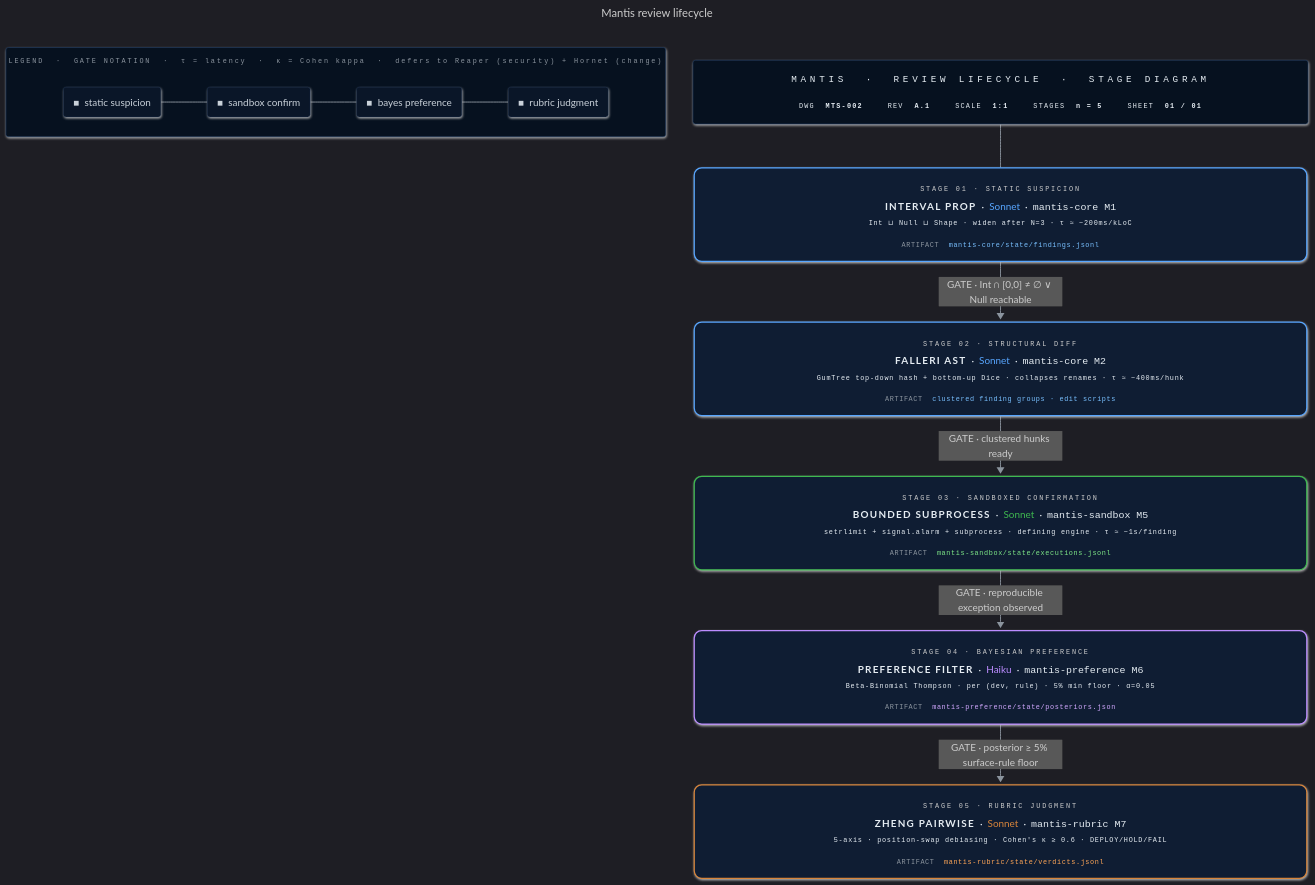
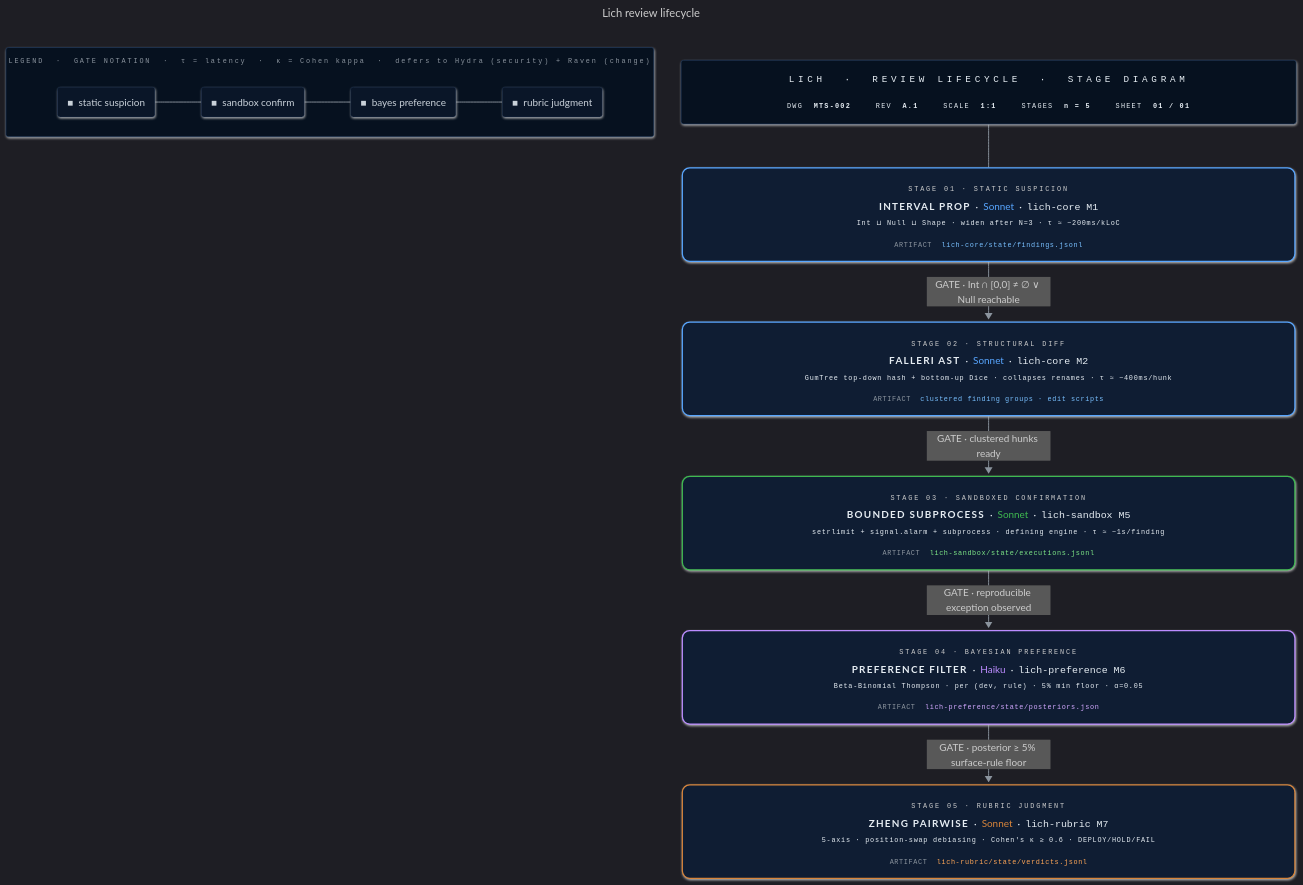
The diagram in docs/assets/lifecycle.mmd (enchanted-plugins/lich), drawn with Mermaid before and after one commit. The commit also changed 165 other files, not shown here.

First line of the commit message:
rename: Mantis → Lich, standardize origin format

```diff
--- a/docs/assets/lifecycle.mmd
+++ b/docs/assets/lifecycle.mmd
@@ -1,5 +1,5 @@
 ---
-title: Mantis review lifecycle
+title: Lich review lifecycle
 config:
   look: neo
   theme: dark
@@ -14,19 +14,19 @@
       bottom: 18
 ---
 flowchart TB
-    TitleBlock["<div style='font-family:ui-monospace,SFMono-Regular,Consolas,monospace;text-align:center;min-width:940px;padding:6px 10px;line-height:1.8'><div style='color:#58a6ff;font-size:15px;letter-spacing:6px;border-bottom:1px solid #1e3a5f;padding-bottom:10px;margin-bottom:10px'>MANTIS &nbsp;·&nbsp; REVIEW&nbsp;LIFECYCLE &nbsp;·&nbsp; STAGE&nbsp;DIAGRAM</div><div style='display:flex;gap:40px;justify-content:center;font-size:11px;color:#8b949e;letter-spacing:2px'><span>DWG&nbsp;&nbsp;<b style='color:#e6edf3'>MTS-002</b></span><span>REV&nbsp;&nbsp;<b style='color:#e6edf3'>A.1</b></span><span>SCALE&nbsp;&nbsp;<b style='color:#e6edf3'>1:1</b></span><span>STAGES&nbsp;&nbsp;<b style='color:#e6edf3'>n&nbsp;=&nbsp;5</b></span><span>SHEET&nbsp;&nbsp;<b style='color:#e6edf3'>01&nbsp;/&nbsp;01</b></span></div></div>"]
+    TitleBlock["<div style='font-family:ui-monospace,SFMono-Regular,Consolas,monospace;text-align:center;min-width:940px;padding:6px 10px;line-height:1.8'><div style='color:#58a6ff;font-size:15px;letter-spacing:6px;border-bottom:1px solid #1e3a5f;padding-bottom:10px;margin-bottom:10px'>LICH &nbsp;·&nbsp; REVIEW&nbsp;LIFECYCLE &nbsp;·&nbsp; STAGE&nbsp;DIAGRAM</div><div style='display:flex;gap:40px;justify-content:center;font-size:11px;color:#8b949e;letter-spacing:2px'><span>DWG&nbsp;&nbsp;<b style='color:#e6edf3'>MTS-002</b></span><span>REV&nbsp;&nbsp;<b style='color:#e6edf3'>A.1</b></span><span>SCALE&nbsp;&nbsp;<b style='color:#e6edf3'>1:1</b></span><span>STAGES&nbsp;&nbsp;<b style='color:#e6edf3'>n&nbsp;=&nbsp;5</b></span><span>SHEET&nbsp;&nbsp;<b style='color:#e6edf3'>01&nbsp;/&nbsp;01</b></span></div></div>"]
 
-    A["<div style='text-align:center;min-width:940px;line-height:2;padding:4px 8px'><div><span style='font-family:ui-monospace,monospace;color:#8b949e;font-size:11px;letter-spacing:3px'>STAGE&nbsp;01&nbsp;·&nbsp;STATIC&nbsp;SUSPICION</span></div><div style='line-height:1.8'><b style='letter-spacing:2px'>INTERVAL&nbsp;PROP</b>&nbsp;&nbsp;·&nbsp;&nbsp;<span style='color:#58a6ff'>Sonnet</span>&nbsp;&nbsp;·&nbsp;&nbsp;<code style='color:#e6edf3'>mantis-core&nbsp;M1</code></div><div style='color:#6e7681;font-size:11px;font-family:ui-monospace,monospace;letter-spacing:1.2px'>Int&nbsp;⊔&nbsp;Null&nbsp;⊔&nbsp;Shape&nbsp;·&nbsp;widen&nbsp;after&nbsp;N=3&nbsp;·&nbsp;τ&nbsp;≈&nbsp;~200ms/kLoC</div><div style='border-top:1px solid #1e3a5f;margin-top:6px;padding-top:6px;font-family:ui-monospace,monospace;font-size:11px;letter-spacing:1px'><span style='color:#8b949e'>ARTIFACT</span>&nbsp;&nbsp;<span style='color:#79c0ff'>mantis-core/state/findings.jsonl</span></div></div>"]
+    A["<div style='text-align:center;min-width:940px;line-height:2;padding:4px 8px'><div><span style='font-family:ui-monospace,monospace;color:#8b949e;font-size:11px;letter-spacing:3px'>STAGE&nbsp;01&nbsp;·&nbsp;STATIC&nbsp;SUSPICION</span></div><div style='line-height:1.8'><b style='letter-spacing:2px'>INTERVAL&nbsp;PROP</b>&nbsp;&nbsp;·&nbsp;&nbsp;<span style='color:#58a6ff'>Sonnet</span>&nbsp;&nbsp;·&nbsp;&nbsp;<code style='color:#e6edf3'>lich-core&nbsp;M1</code></div><div style='color:#6e7681;font-size:11px;font-family:ui-monospace,monospace;letter-spacing:1.2px'>Int&nbsp;⊔&nbsp;Null&nbsp;⊔&nbsp;Shape&nbsp;·&nbsp;widen&nbsp;after&nbsp;N=3&nbsp;·&nbsp;τ&nbsp;≈&nbsp;~200ms/kLoC</div><div style='border-top:1px solid #1e3a5f;margin-top:6px;padding-top:6px;font-family:ui-monospace,monospace;font-size:11px;letter-spacing:1px'><span style='color:#8b949e'>ARTIFACT</span>&nbsp;&nbsp;<span style='color:#79c0ff'>lich-core/state/findings.jsonl</span></div></div>"]
 
-    B["<div style='text-align:center;min-width:940px;line-height:2;padding:4px 8px'><div><span style='font-family:ui-monospace,monospace;color:#8b949e;font-size:11px;letter-spacing:3px'>STAGE&nbsp;02&nbsp;·&nbsp;STRUCTURAL&nbsp;DIFF</span></div><div style='line-height:1.8'><b style='letter-spacing:2px'>FALLERI&nbsp;AST</b>&nbsp;&nbsp;·&nbsp;&nbsp;<span style='color:#58a6ff'>Sonnet</span>&nbsp;&nbsp;·&nbsp;&nbsp;<code style='color:#e6edf3'>mantis-core&nbsp;M2</code></div><div style='color:#6e7681;font-size:11px;font-family:ui-monospace,monospace;letter-spacing:1.2px'>GumTree&nbsp;top-down&nbsp;hash&nbsp;+&nbsp;bottom-up&nbsp;Dice&nbsp;·&nbsp;collapses&nbsp;renames&nbsp;·&nbsp;τ&nbsp;≈&nbsp;~400ms/hunk</div><div style='border-top:1px solid #1e3a5f;margin-top:6px;padding-top:6px;font-family:ui-monospace,monospace;font-size:11px;letter-spacing:1px'><span style='color:#8b949e'>ARTIFACT</span>&nbsp;&nbsp;<span style='color:#79c0ff'>clustered&nbsp;finding&nbsp;groups&nbsp;·&nbsp;edit&nbsp;scripts</span></div></div>"]
+    B["<div style='text-align:center;min-width:940px;line-height:2;padding:4px 8px'><div><span style='font-family:ui-monospace,monospace;color:#8b949e;font-size:11px;letter-spacing:3px'>STAGE&nbsp;02&nbsp;·&nbsp;STRUCTURAL&nbsp;DIFF</span></div><div style='line-height:1.8'><b style='letter-spacing:2px'>FALLERI&nbsp;AST</b>&nbsp;&nbsp;·&nbsp;&nbsp;<span style='color:#58a6ff'>Sonnet</span>&nbsp;&nbsp;·&nbsp;&nbsp;<code style='color:#e6edf3'>lich-core&nbsp;M2</code></div><div style='color:#6e7681;font-size:11px;font-family:ui-monospace,monospace;letter-spacing:1.2px'>GumTree&nbsp;top-down&nbsp;hash&nbsp;+&nbsp;bottom-up&nbsp;Dice&nbsp;·&nbsp;collapses&nbsp;renames&nbsp;·&nbsp;τ&nbsp;≈&nbsp;~400ms/hunk</div><div style='border-top:1px solid #1e3a5f;margin-top:6px;padding-top:6px;font-family:ui-monospace,monospace;font-size:11px;letter-spacing:1px'><span style='color:#8b949e'>ARTIFACT</span>&nbsp;&nbsp;<span style='color:#79c0ff'>clustered&nbsp;finding&nbsp;groups&nbsp;·&nbsp;edit&nbsp;scripts</span></div></div>"]
 
-    C["<div style='text-align:center;min-width:940px;line-height:2;padding:4px 8px'><div><span style='font-family:ui-monospace,monospace;color:#8b949e;font-size:11px;letter-spacing:3px'>STAGE&nbsp;03&nbsp;·&nbsp;SANDBOXED&nbsp;CONFIRMATION</span></div><div style='line-height:1.8'><b style='letter-spacing:2px'>BOUNDED&nbsp;SUBPROCESS</b>&nbsp;&nbsp;·&nbsp;&nbsp;<span style='color:#3fb950'>Sonnet</span>&nbsp;&nbsp;·&nbsp;&nbsp;<code style='color:#e6edf3'>mantis-sandbox&nbsp;M5</code></div><div style='color:#6e7681;font-size:11px;font-family:ui-monospace,monospace;letter-spacing:1.2px'>setrlimit&nbsp;+&nbsp;signal.alarm&nbsp;+&nbsp;subprocess&nbsp;·&nbsp;defining&nbsp;engine&nbsp;·&nbsp;τ&nbsp;≈&nbsp;~1s/finding</div><div style='border-top:1px solid #1e3a5f;margin-top:6px;padding-top:6px;font-family:ui-monospace,monospace;font-size:11px;letter-spacing:1px'><span style='color:#8b949e'>ARTIFACT</span>&nbsp;&nbsp;<span style='color:#7ee787'>mantis-sandbox/state/executions.jsonl</span></div></div>"]
+    C["<div style='text-align:center;min-width:940px;line-height:2;padding:4px 8px'><div><span style='font-family:ui-monospace,monospace;color:#8b949e;font-size:11px;letter-spacing:3px'>STAGE&nbsp;03&nbsp;·&nbsp;SANDBOXED&nbsp;CONFIRMATION</span></div><div style='line-height:1.8'><b style='letter-spacing:2px'>BOUNDED&nbsp;SUBPROCESS</b>&nbsp;&nbsp;·&nbsp;&nbsp;<span style='color:#3fb950'>Sonnet</span>&nbsp;&nbsp;·&nbsp;&nbsp;<code style='color:#e6edf3'>lich-sandbox&nbsp;M5</code></div><div style='color:#6e7681;font-size:11px;font-family:ui-monospace,monospace;letter-spacing:1.2px'>setrlimit&nbsp;+&nbsp;signal.alarm&nbsp;+&nbsp;subprocess&nbsp;·&nbsp;defining&nbsp;engine&nbsp;·&nbsp;τ&nbsp;≈&nbsp;~1s/finding</div><div style='border-top:1px solid #1e3a5f;margin-top:6px;padding-top:6px;font-family:ui-monospace,monospace;font-size:11px;letter-spacing:1px'><span style='color:#8b949e'>ARTIFACT</span>&nbsp;&nbsp;<span style='color:#7ee787'>lich-sandbox/state/executions.jsonl</span></div></div>"]
 
-    D["<div style='text-align:center;min-width:940px;line-height:2;padding:4px 8px'><div><span style='font-family:ui-monospace,monospace;color:#8b949e;font-size:11px;letter-spacing:3px'>STAGE&nbsp;04&nbsp;·&nbsp;BAYESIAN&nbsp;PREFERENCE</span></div><div style='line-height:1.8'><b style='letter-spacing:2px'>PREFERENCE&nbsp;FILTER</b>&nbsp;&nbsp;·&nbsp;&nbsp;<span style='color:#bc8cff'>Haiku</span>&nbsp;&nbsp;·&nbsp;&nbsp;<code style='color:#e6edf3'>mantis-preference&nbsp;M6</code></div><div style='color:#6e7681;font-size:11px;font-family:ui-monospace,monospace;letter-spacing:1.2px'>Beta-Binomial&nbsp;Thompson&nbsp;·&nbsp;per&nbsp;(dev,&nbsp;rule)&nbsp;·&nbsp;5%&nbsp;min&nbsp;floor&nbsp;·&nbsp;α=0.05</div><div style='border-top:1px solid #1e3a5f;margin-top:6px;padding-top:6px;font-family:ui-monospace,monospace;font-size:11px;letter-spacing:1px'><span style='color:#8b949e'>ARTIFACT</span>&nbsp;&nbsp;<span style='color:#d2a8ff'>mantis-preference/state/posteriors.json</span></div></div>"]
+    D["<div style='text-align:center;min-width:940px;line-height:2;padding:4px 8px'><div><span style='font-family:ui-monospace,monospace;color:#8b949e;font-size:11px;letter-spacing:3px'>STAGE&nbsp;04&nbsp;·&nbsp;BAYESIAN&nbsp;PREFERENCE</span></div><div style='line-height:1.8'><b style='letter-spacing:2px'>PREFERENCE&nbsp;FILTER</b>&nbsp;&nbsp;·&nbsp;&nbsp;<span style='color:#bc8cff'>Haiku</span>&nbsp;&nbsp;·&nbsp;&nbsp;<code style='color:#e6edf3'>lich-preference&nbsp;M6</code></div><div style='color:#6e7681;font-size:11px;font-family:ui-monospace,monospace;letter-spacing:1.2px'>Beta-Binomial&nbsp;Thompson&nbsp;·&nbsp;per&nbsp;(dev,&nbsp;rule)&nbsp;·&nbsp;5%&nbsp;min&nbsp;floor&nbsp;·&nbsp;α=0.05</div><div style='border-top:1px solid #1e3a5f;margin-top:6px;padding-top:6px;font-family:ui-monospace,monospace;font-size:11px;letter-spacing:1px'><span style='color:#8b949e'>ARTIFACT</span>&nbsp;&nbsp;<span style='color:#d2a8ff'>lich-preference/state/posteriors.json</span></div></div>"]
 
-    E["<div style='text-align:center;min-width:940px;line-height:2;padding:4px 8px'><div><span style='font-family:ui-monospace,monospace;color:#8b949e;font-size:11px;letter-spacing:3px'>STAGE&nbsp;05&nbsp;·&nbsp;RUBRIC&nbsp;JUDGMENT</span></div><div style='line-height:1.8'><b style='letter-spacing:2px'>ZHENG&nbsp;PAIRWISE</b>&nbsp;&nbsp;·&nbsp;&nbsp;<span style='color:#d8853b'>Sonnet</span>&nbsp;&nbsp;·&nbsp;&nbsp;<code style='color:#e6edf3'>mantis-rubric&nbsp;M7</code></div><div style='color:#6e7681;font-size:11px;font-family:ui-monospace,monospace;letter-spacing:1.2px'>5-axis&nbsp;·&nbsp;position-swap&nbsp;debiasing&nbsp;·&nbsp;Cohen's&nbsp;κ&nbsp;≥&nbsp;0.6&nbsp;·&nbsp;DEPLOY/HOLD/FAIL</div><div style='border-top:1px solid #1e3a5f;margin-top:6px;padding-top:6px;font-family:ui-monospace,monospace;font-size:11px;letter-spacing:1px'><span style='color:#8b949e'>ARTIFACT</span>&nbsp;&nbsp;<span style='color:#ffa657'>mantis-rubric/state/verdicts.jsonl</span></div></div>"]
+    E["<div style='text-align:center;min-width:940px;line-height:2;padding:4px 8px'><div><span style='font-family:ui-monospace,monospace;color:#8b949e;font-size:11px;letter-spacing:3px'>STAGE&nbsp;05&nbsp;·&nbsp;RUBRIC&nbsp;JUDGMENT</span></div><div style='line-height:1.8'><b style='letter-spacing:2px'>ZHENG&nbsp;PAIRWISE</b>&nbsp;&nbsp;·&nbsp;&nbsp;<span style='color:#d8853b'>Sonnet</span>&nbsp;&nbsp;·&nbsp;&nbsp;<code style='color:#e6edf3'>lich-rubric&nbsp;M7</code></div><div style='color:#6e7681;font-size:11px;font-family:ui-monospace,monospace;letter-spacing:1.2px'>5-axis&nbsp;·&nbsp;position-swap&nbsp;debiasing&nbsp;·&nbsp;Cohen's&nbsp;κ&nbsp;≥&nbsp;0.6&nbsp;·&nbsp;DEPLOY/HOLD/FAIL</div><div style='border-top:1px solid #1e3a5f;margin-top:6px;padding-top:6px;font-family:ui-monospace,monospace;font-size:11px;letter-spacing:1px'><span style='color:#8b949e'>ARTIFACT</span>&nbsp;&nbsp;<span style='color:#ffa657'>lich-rubric/state/verdicts.jsonl</span></div></div>"]
 
-    subgraph Legend["<div style='font-family:ui-monospace,monospace;color:#8b949e;font-size:11px;letter-spacing:3px;min-width:940px;text-align:center'>LEGEND&nbsp;&nbsp;·&nbsp;&nbsp;GATE&nbsp;NOTATION&nbsp;&nbsp;·&nbsp;&nbsp;τ&nbsp;=&nbsp;latency&nbsp;&nbsp;·&nbsp;&nbsp;κ&nbsp;=&nbsp;Cohen&nbsp;kappa&nbsp;&nbsp;·&nbsp;&nbsp;defers&nbsp;to&nbsp;Reaper&nbsp;(security)&nbsp;+&nbsp;Hornet&nbsp;(change)</div>"]
+    subgraph Legend["<div style='font-family:ui-monospace,monospace;color:#8b949e;font-size:11px;letter-spacing:3px;min-width:940px;text-align:center'>LEGEND&nbsp;&nbsp;·&nbsp;&nbsp;GATE&nbsp;NOTATION&nbsp;&nbsp;·&nbsp;&nbsp;τ&nbsp;=&nbsp;latency&nbsp;&nbsp;·&nbsp;&nbsp;κ&nbsp;=&nbsp;Cohen&nbsp;kappa&nbsp;&nbsp;·&nbsp;&nbsp;defers&nbsp;to&nbsp;Hydra&nbsp;(security)&nbsp;+&nbsp;Raven&nbsp;(change)</div>"]
         direction LR
         lg1["<span style='color:#58a6ff'>■</span>&nbsp;&nbsp;static&nbsp;suspicion"] --- lg2["<span style='color:#3fb950'>■</span>&nbsp;&nbsp;sandbox&nbsp;confirm"] --- lg3["<span style='color:#bc8cff'>■</span>&nbsp;&nbsp;bayes&nbsp;preference"] --- lg4["<span style='color:#d8853b'>■</span>&nbsp;&nbsp;rubric&nbsp;judgment"]
     end
```
